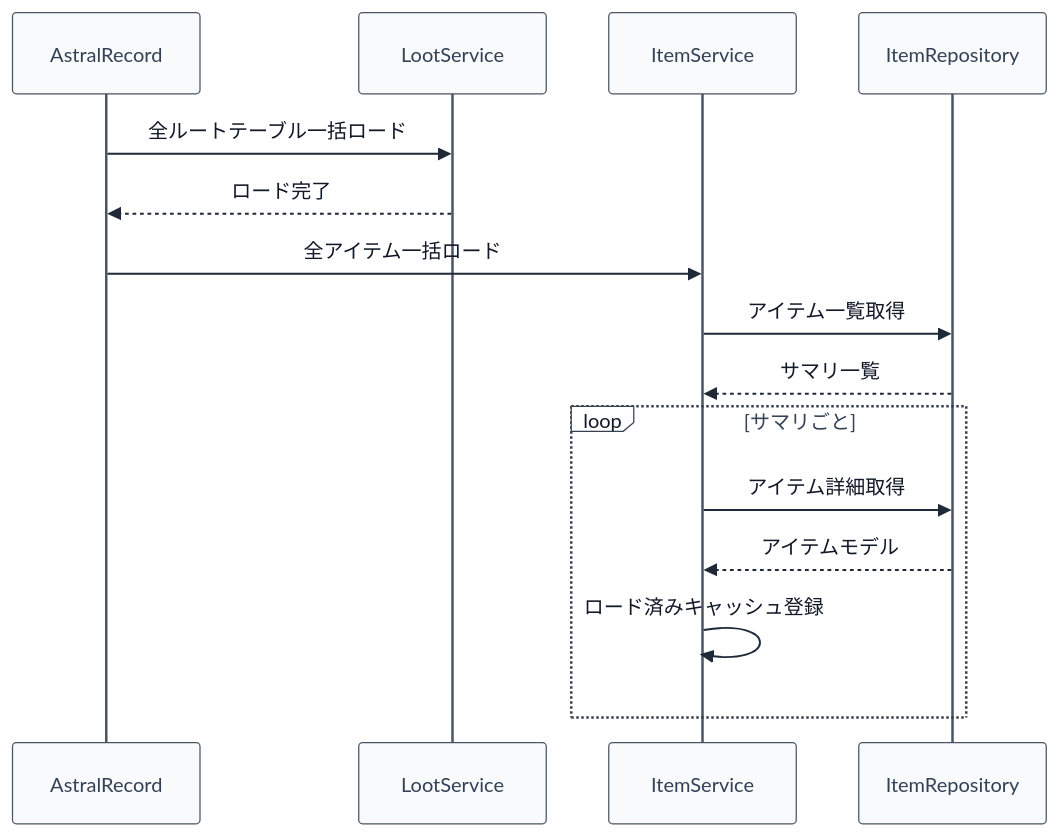
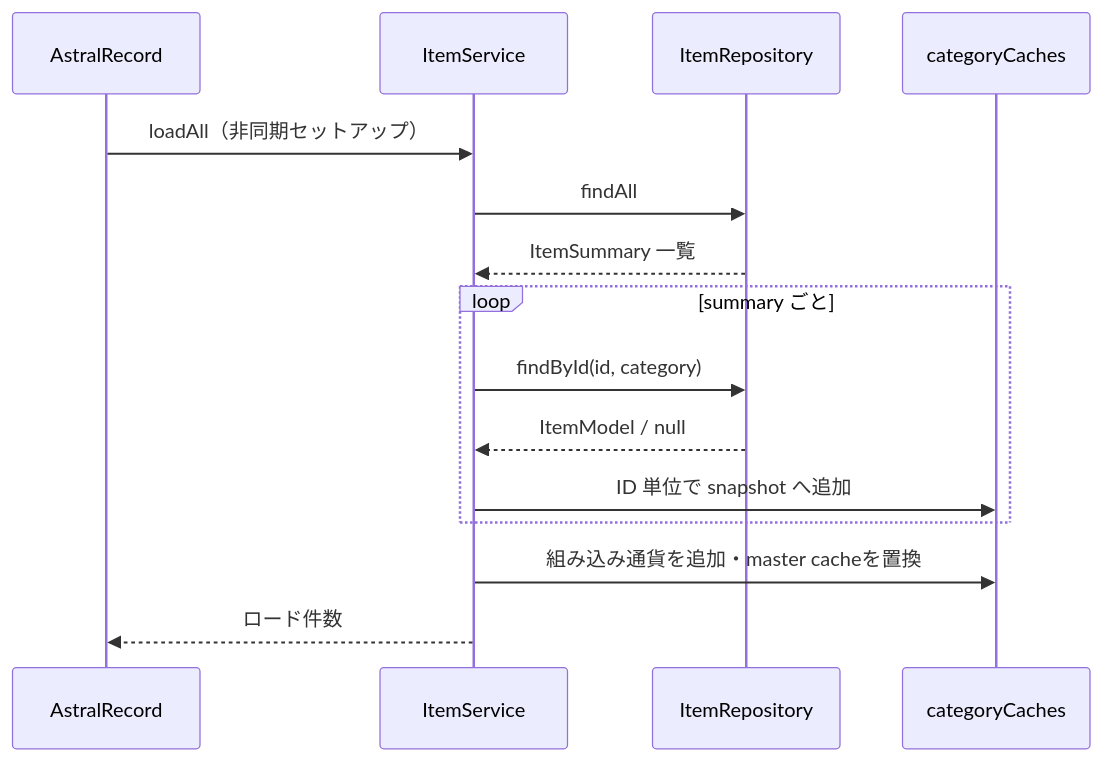
Before and after one commit to maaasu/AstralRecord-Workspace: the first of 8 diagrams in 00_docs/10_Plugin設計書/feature/04-item/4-統合フロー/04_4.00-統合フロー.md, drawn with Mermaid. The commit also changed other lines of this file and 288 other files, not shown here.

````diff
--- a/00_docs/10_Plugin設計書/feature/04-item/4-統合フロー/04_4.00-統合フロー.md
+++ b/00_docs/10_Plugin設計書/feature/04-item/4-統合フロー/04_4.00-統合フロー.md
@@ -5,32 +7,18 @@
 ```mermaid
-%%{init: {
-  "theme": "base",
-  "themeVariables": {
-    "lineColor": "#1f2937",
-    "signalColor": "#1f2937",
-    "signalTextColor": "#111827",
-    "actorBkg": "#f8fafc",
-    "actorBorder": "#4b5563",
-    "actorTextColor": "#334155",
-    "labelBoxBkgColor": "#ffffff",
-    "labelBoxBorderColor": "#374151",
-    "labelTextColor": "#111827"
-  }
-}}%%
 sequenceDiagram
     participant P as AstralRecord
-    participant LS as LootService
     participant IS as ItemService
     participant IR as ItemRepository
+    participant C as categoryCaches
 
-    P->>LS: 全ルートテーブル一括ロード
-    LS-->>P: ロード完了
-    P->>IS: 全アイテム一括ロード
-    IS->>IR: アイテム一覧取得
-    IR-->>IS: サマリ一覧
-    loop サマリごと
-        IS->>IR: アイテム詳細取得
-        IR-->>IS: アイテムモデル
-        IS->>IS: ロード済みキャッシュ登録
+    P->>IS: loadAll（非同期セットアップ）
+    IS->>IR: findAll
+    IR-->>IS: ItemSummary 一覧
+    loop summary ごと
+        IS->>IR: findById(id, category)
+        IR-->>IS: ItemModel / null
+        IS->>C: ID 単位で snapshot へ追加
     end
+    IS->>C: 組み込み通貨を追加・master cacheを置換
+    IS-->>P: ロード件数
 ```
````
